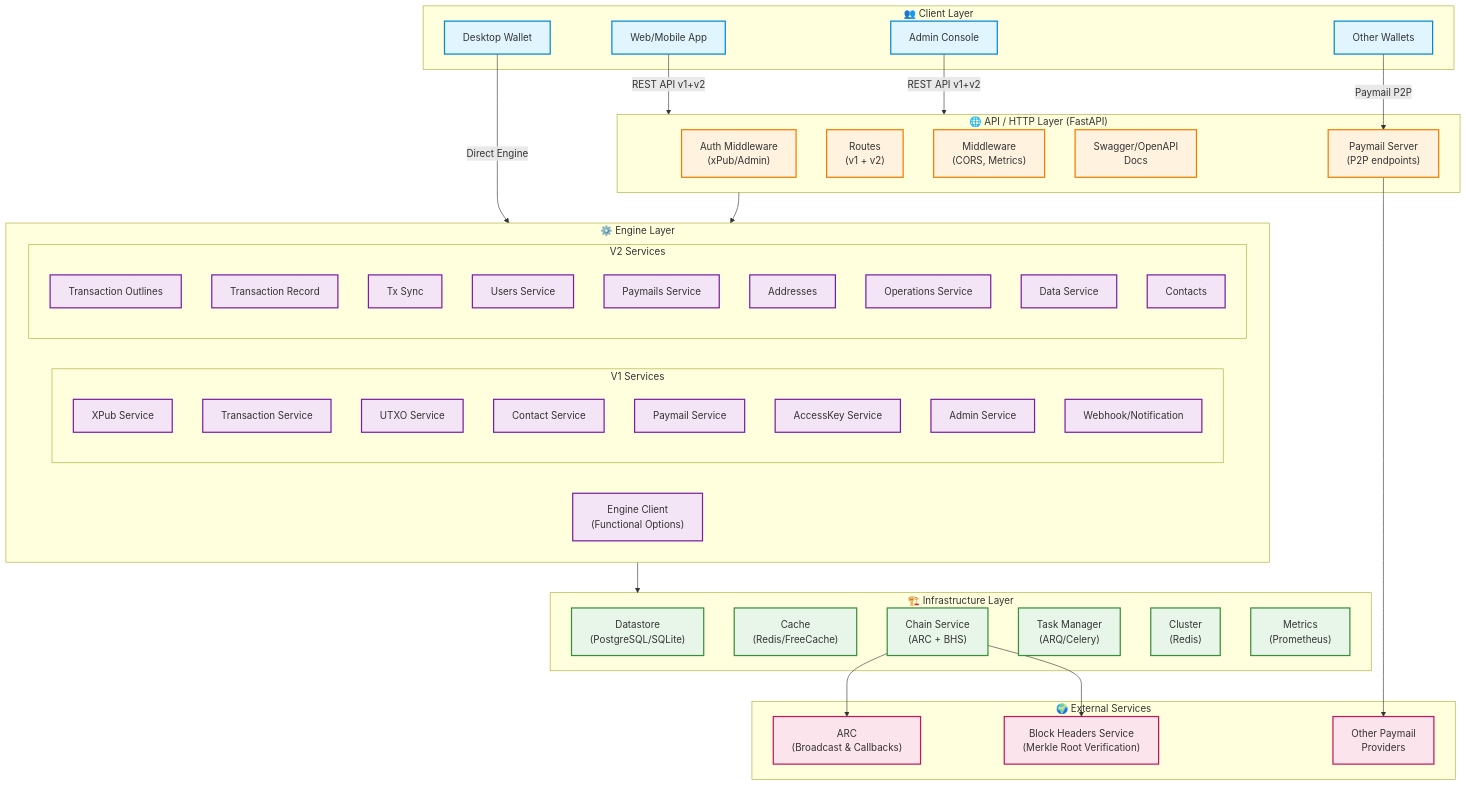
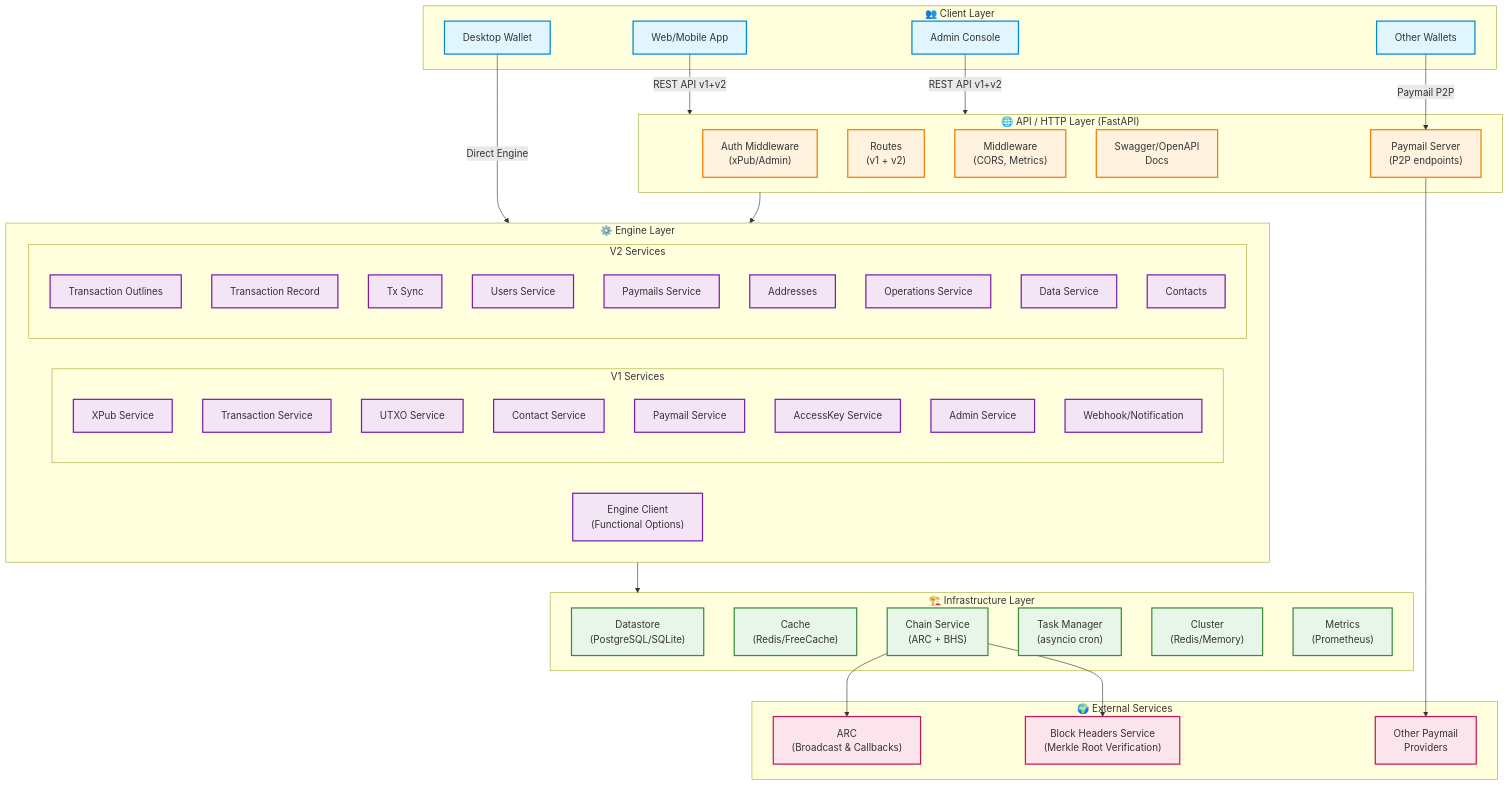
One commit to sethjchalmers/py-spv changed the diagram in CONTEXT.md. Above: the diagram before and after it, drawn with Mermaid. The commit also changed other lines of this file and 30 other files, not shown here.

```diff
--- a/CONTEXT.md
+++ b/CONTEXT.md
@@ -334,8 +344,8 @@
         DATASTORE["Datastore<br/>(PostgreSQL/SQLite)"]
         CACHE["Cache<br/>(Redis/FreeCache)"]
         CHAIN["Chain Service<br/>(ARC + BHS)"]
-        TASKMANAGER["Task Manager<br/>(ARQ/Celery)"]
-        CLUSTER["Cluster<br/>(Redis)"]
+        TASKMANAGER["Task Manager<br/>(asyncio cron)"]
+        CLUSTER["Cluster<br/>(Redis/Memory)"]
         METRICS["Metrics<br/>(Prometheus)"]
     end
 
```
